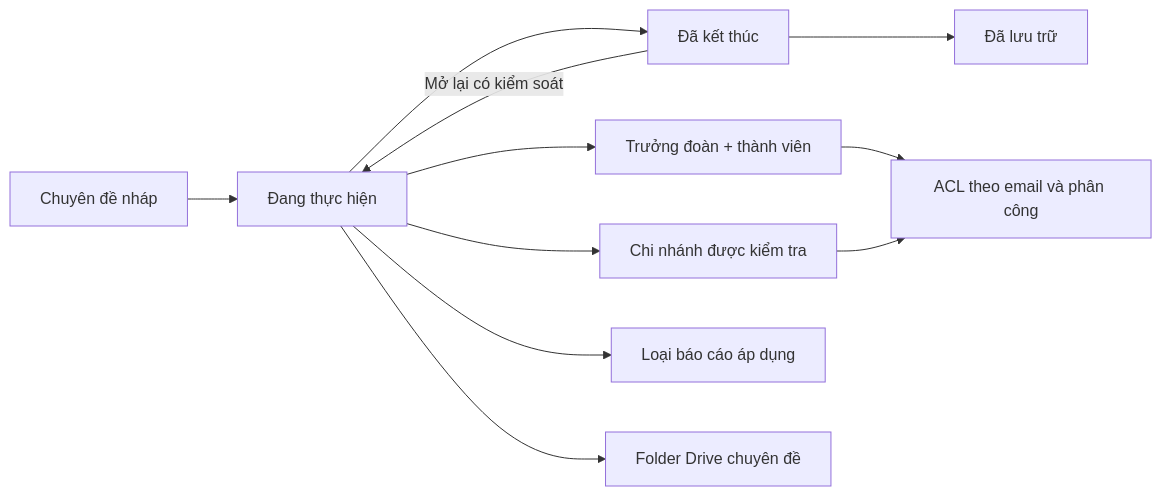
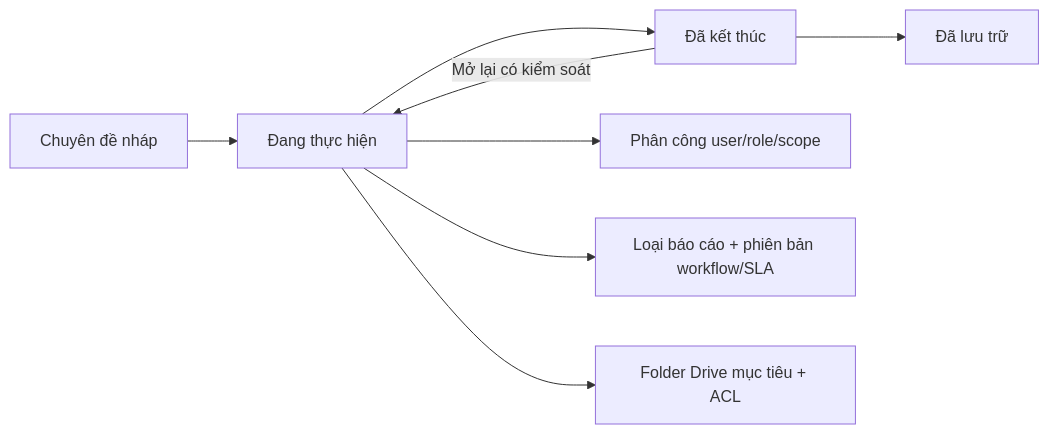
One commit to Kiemtra07/BGRC changed the third of 3 diagrams in LUU_DO_VAN_HANH_CHI_TIET.md. Above: the diagram before and after it, drawn with Mermaid. The commit also changed other lines of this file and 70 other files, not shown here.

````diff
--- a/LUU_DO_VAN_HANH_CHI_TIET.md
+++ b/LUU_DO_VAN_HANH_CHI_TIET.md
@@ -76,14 +109,10 @@
 ```mermaid
 flowchart LR
-    DRAFT[Chuyên đề nháp] --> ACTIVE[Đang thực hiện]
-    ACTIVE --> CLOSED[Đã kết thúc]
-    CLOSED --> ARCHIVED[Đã lưu trữ]
-    CLOSED -->|Mở lại có kiểm soát| ACTIVE
-
-    ACTIVE --> M[Trưởng đoàn + thành viên]
-    ACTIVE --> B[Chi nhánh được kiểm tra]
-    ACTIVE --> T[Loại báo cáo áp dụng]
-    ACTIVE --> G[Folder Drive chuyên đề]
-    M --> ACL[ACL theo email và phân công]
-    B --> ACL
+    D[Chuyên đề nháp] --> A[Đang thực hiện]
+    A --> C[Đã kết thúc]
+    C --> R[Đã lưu trữ]
+    C -->|Mở lại có kiểm soát| A
+    A --> U[Phân công user/role/scope]
+    A --> T[Loại báo cáo + phiên bản workflow/SLA]
+    A --> G[Folder Drive mục tiêu + ACL]
 ```
````
